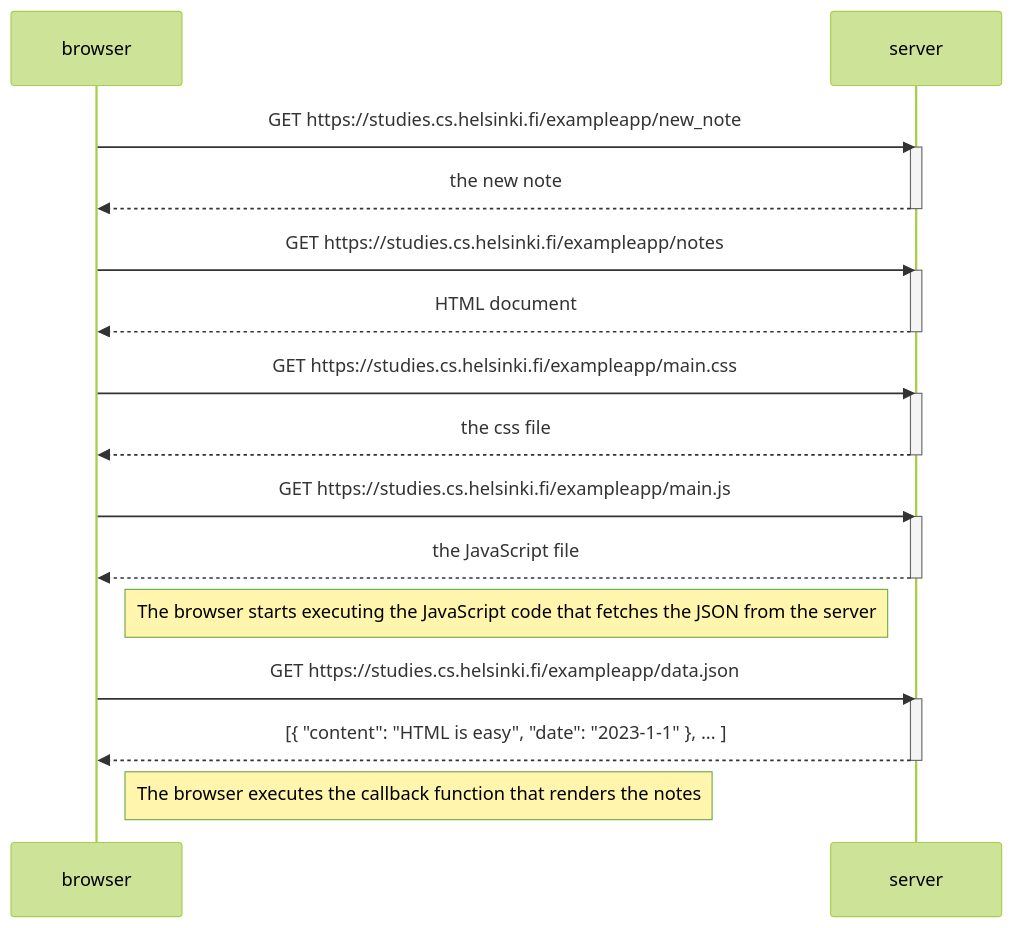
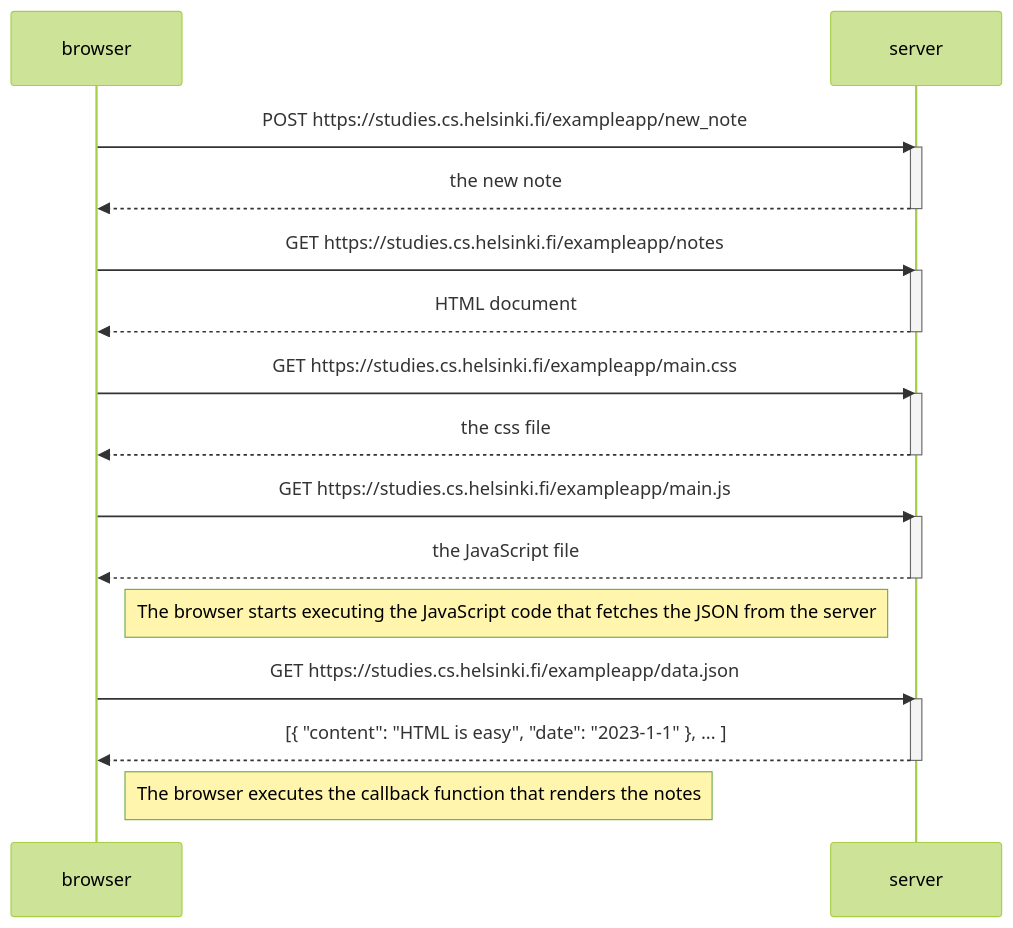
One commit to dvillaal/Full-Stack-Open changed the diagram in parte0/ejercicio0-4.md. Above: the diagram before and after it, drawn with Mermaid (forest theme).

Commit message:
correction ejercicio0-4.md

````diff
--- a/parte0/ejercicio0-4.md
+++ b/parte0/ejercicio0-4.md
@@ -1,34 +1,34 @@
 ```mermaid
 sequenceDiagram
     participant browser
     participant server
 
-    browser->>server: GET https://studies.cs.helsinki.fi/exampleapp/new_note
+    browser->>server: POST https://studies.cs.helsinki.fi/exampleapp/new_note
     activate server
     server-->>browser: the new note
     deactivate server
 
     browser->>server: GET https://studies.cs.helsinki.fi/exampleapp/notes
     activate server
     server-->>browser: HTML document
     deactivate server
 
     browser->>server: GET https://studies.cs.helsinki.fi/exampleapp/main.css
     activate server
     server-->>browser: the css file
     deactivate server
 
     browser->>server: GET https://studies.cs.helsinki.fi/exampleapp/main.js
     activate server
     server-->>browser: the JavaScript file
     deactivate server
 
     Note right of browser: The browser starts executing the JavaScript code that fetches the JSON from the server
 
     browser->>server: GET https://studies.cs.helsinki.fi/exampleapp/data.json
     activate server
     server-->>browser: [{ "content": "HTML is easy", "date": "2023-1-1" }, ... ]
     deactivate server
 
     Note right of browser: The browser executes the callback function that renders the notes
 ```
````
